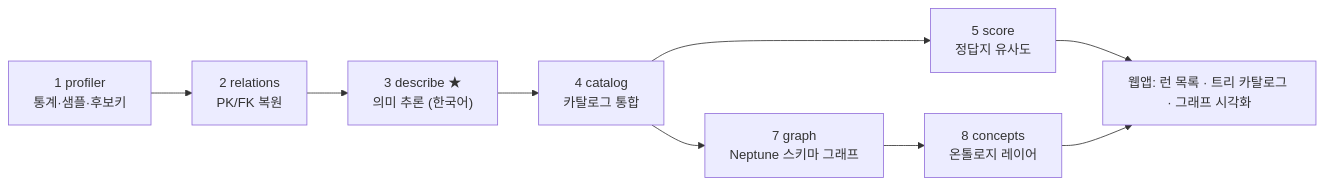
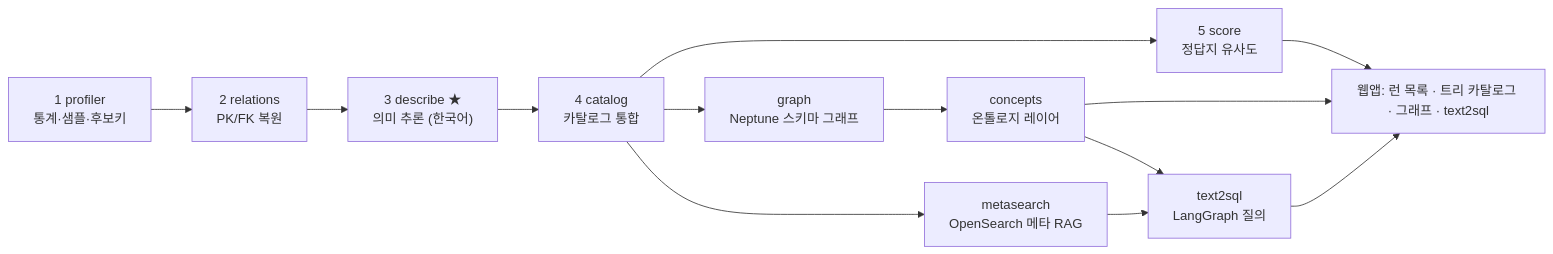
The diagram in v2/GUIDE.md (blait/dbMetaToDoc), drawn with Mermaid before and after one commit. The commit also changed other lines of this file and 8 other files, not shown here.

First line of the commit message:
v2: text2sql 테스트 탭 (메타 RAG + Graph + LangGraph)

````diff
--- a/v2/GUIDE.md
+++ b/v2/GUIDE.md
@@ -27,11 +28,15 @@
 ```mermaid
 flowchart LR
     A["1 profiler<br/>통계·샘플·후보키"] --> B["2 relations<br/>PK/FK 복원"]
     B --> C["3 describe ★<br/>의미 추론 (한국어)"]
     C --> D["4 catalog<br/>카탈로그 통합"]
     D --> E["5 score<br/>정답지 유사도"]
-    D --> F["7 graph<br/>Neptune 스키마 그래프"]
-    F --> G["8 concepts<br/>온톨로지 레이어"]
-    E --> H["웹앱: 런 목록 · 트리 카탈로그 · 그래프 시각화"]
+    D --> F["graph<br/>Neptune 스키마 그래프"]
+    F --> G["concepts<br/>온톨로지 레이어"]
+    D --> I["metasearch<br/>OpenSearch 메타 RAG"]
+    G --> J["text2sql<br/>LangGraph 질의"]
+    I --> J
+    E --> H["웹앱: 런 목록 · 트리 카탈로그 · 그래프 · text2sql"]
     G --> H
+    J --> H
 ```
````
